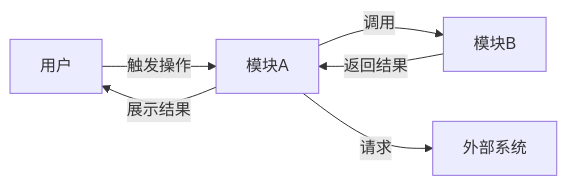
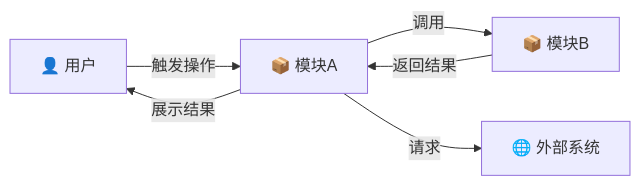
Before and after one commit to HACK-WU/skills: the diagram in skills/design-craft/SKILL.md, drawn with Mermaid. The commit also changed other lines of this file, not shown here.

Commit message:
精简 design-craft/SKILL.md：删除回退机制，精简格式示例，修复 mermaid 语法

````diff
--- a/skills/design-craft/SKILL.md
+++ b/skills/design-craft/SKILL.md
@@ -253,8 +227,13 @@
 ```mermaid
-graph LR
-    User["用户"] -->|触发操作| ModuleA["模块A"]
-    ModuleA -->|调用| ModuleB["模块B"]
-    ModuleA -->|请求| ExtSys["外部系统"]
-    ModuleB -->|返回结果| ModuleA
-    ModuleA -->|展示结果| User
+flowchart LR
+    User["👤 用户"]
+    ModuleA["📦 模块A"]
+    ModuleB["📦 模块B"]
+    ExtSys["🌐 外部系统"]
+
+    User -->|"触发操作"| ModuleA
+    ModuleA -->|"调用"| ModuleB
+    ModuleA -->|"请求"| ExtSys
+    ModuleB -->|"返回结果"| ModuleA
+    ModuleA -->|"展示结果"| User
 ```
````
